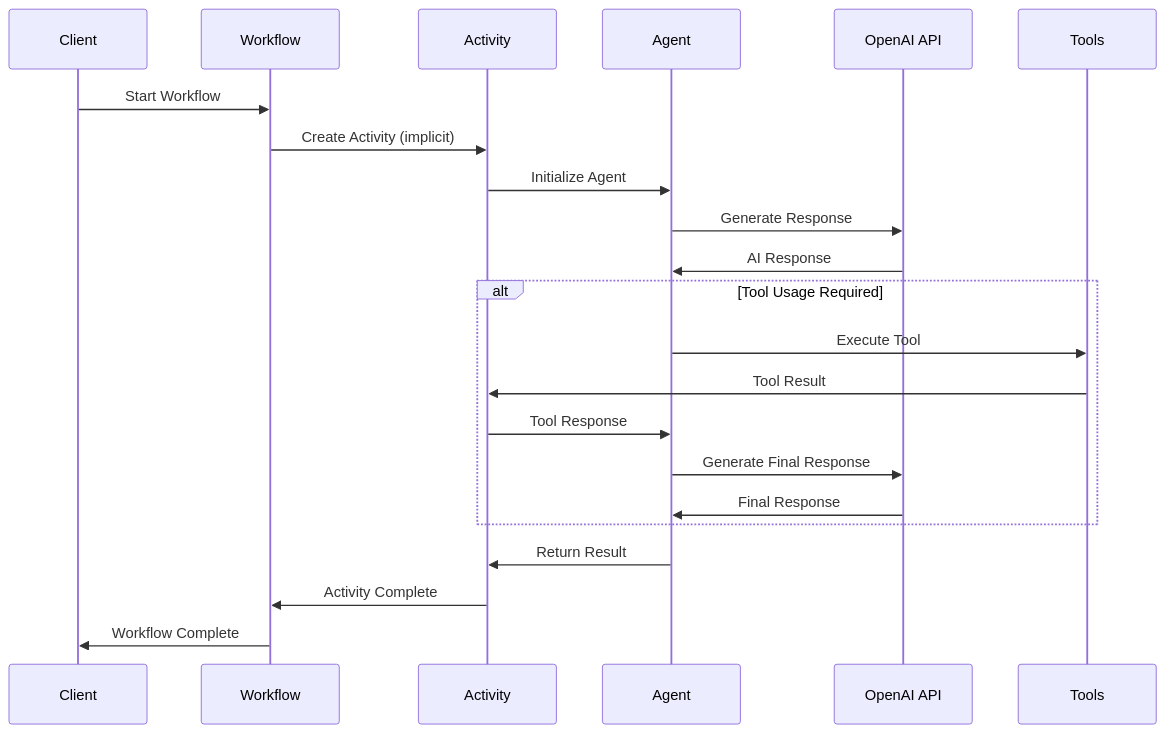
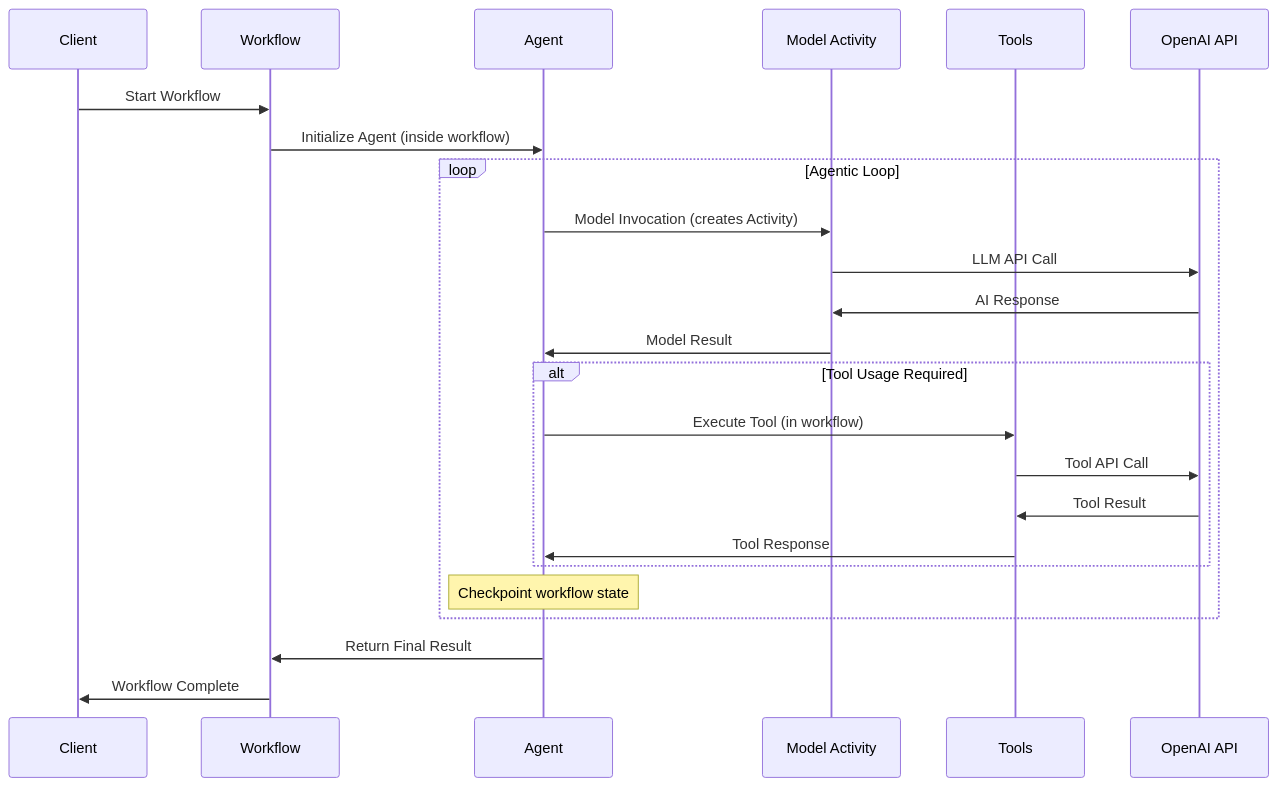
One commit to temporalio/samples-python changed the second of 3 diagrams in docs/openai_agents/ARCHITECTURE.md. Above: the diagram before and after it, drawn with Mermaid. The commit also changed other lines of this file, not shown here.

````diff
--- a/docs/openai_agents/ARCHITECTURE.md
+++ b/docs/openai_agents/ARCHITECTURE.md
@@ -84,27 +96,31 @@
 ```mermaid
 sequenceDiagram
     participant C as Client
     participant W as Workflow
-    participant A as Activity
     participant AG as Agent
+    participant M as Model Activity
+    participant T as Tools
     participant O as OpenAI API
-    participant T as Tools
     
     C->>W: Start Workflow
-    W->>A: Create Activity (implicit)
-    A->>AG: Initialize Agent
-    AG->>O: Generate Response
-    O->>AG: AI Response
+    W->>AG: Initialize Agent (inside workflow)
     
-    alt Tool Usage Required
-        AG->>T: Execute Tool
-        T->>A: Tool Result
-        A->>AG: Tool Response
-        AG->>O: Generate Final Response
-        O->>AG: Final Response
+    loop Agentic Loop
+        AG->>M: Model Invocation (creates Activity)
+        M->>O: LLM API Call
+        O->>M: AI Response
+        M->>AG: Model Result
+        
+        alt Tool Usage Required
+            AG->>T: Execute Tool (in workflow)
+            T->>O: Tool API Call
+            O->>T: Tool Result
+            T->>AG: Tool Response
+        end
+        
+        Note over AG: Checkpoint workflow state
     end
     
-    AG->>A: Return Result
-    A->>W: Activity Complete
+    AG->>W: Return Final Result
     W->>C: Workflow Complete
 ```
````
